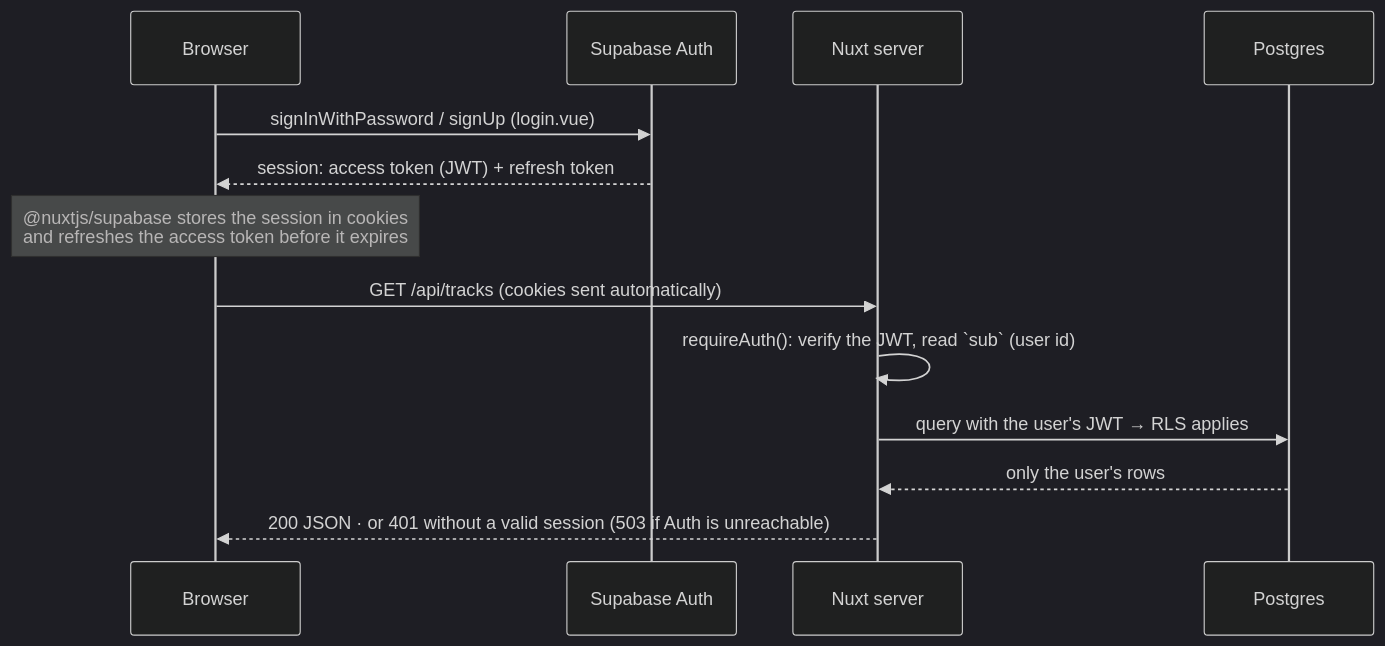
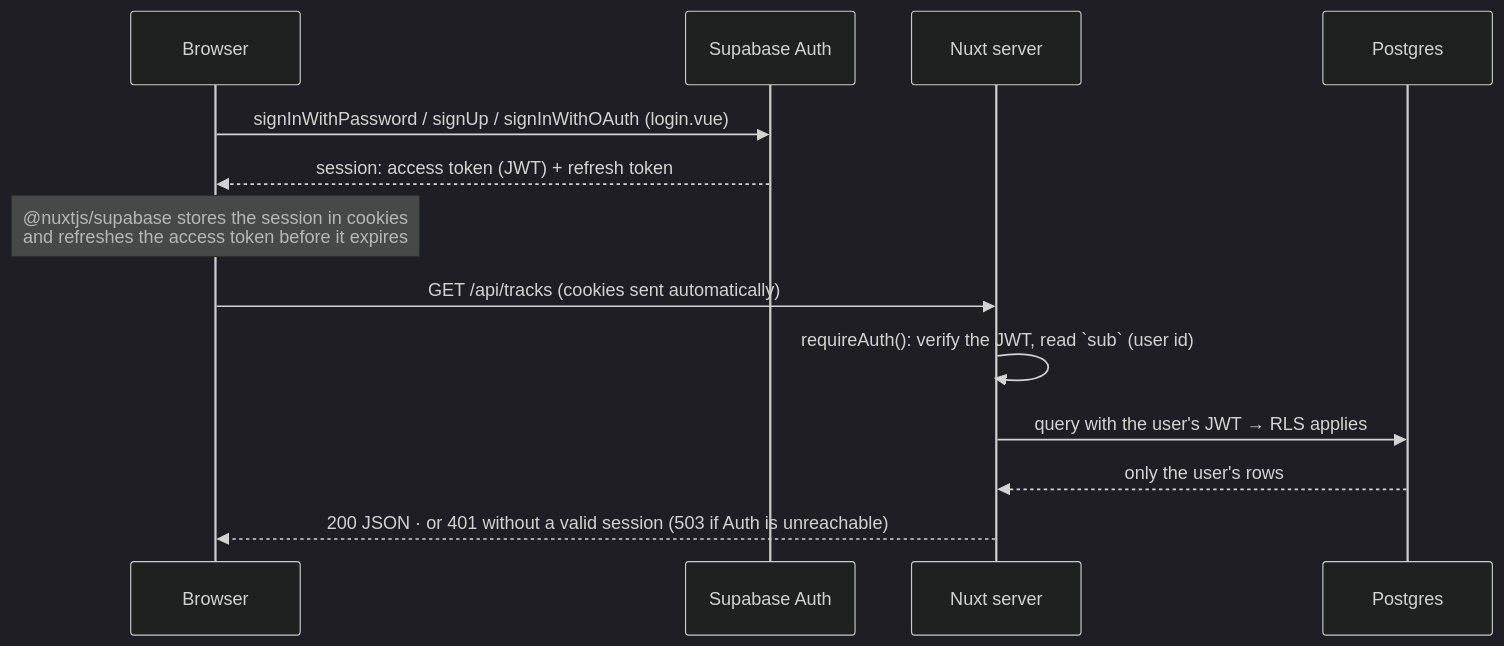
One commit to alesssz/Chronovault changed the first of 12 diagrams in docs/07-data-flows.md. Above: the diagram before and after it, drawn with Mermaid (dark theme). The commit also changed other lines of this file and 15 other files, not shown here.

````diff
--- a/docs/07-data-flows.md
+++ b/docs/07-data-flows.md
@@ -7,15 +7,15 @@
 ```mermaid
 sequenceDiagram
   participant B as Browser
   participant A as Supabase Auth
   participant N as Nuxt server
   participant DB as Postgres
-  B->>A: signInWithPassword / signUp (login.vue)
+  B->>A: signInWithPassword / signUp / signInWithOAuth (login.vue)
   A-->>B: session: access token (JWT) + refresh token
   Note over B: @nuxtjs/supabase stores the session in cookies<br/>and refreshes the access token before it expires
   B->>N: GET /api/tracks (cookies sent automatically)
   N->>N: requireAuth(): verify the JWT, read `sub` (user id)
   N->>DB: query with the user's JWT → RLS applies
   DB-->>N: only the user's rows
   N-->>B: 200 JSON · or 401 without a valid session (503 if Auth is unreachable)
 ```
````
